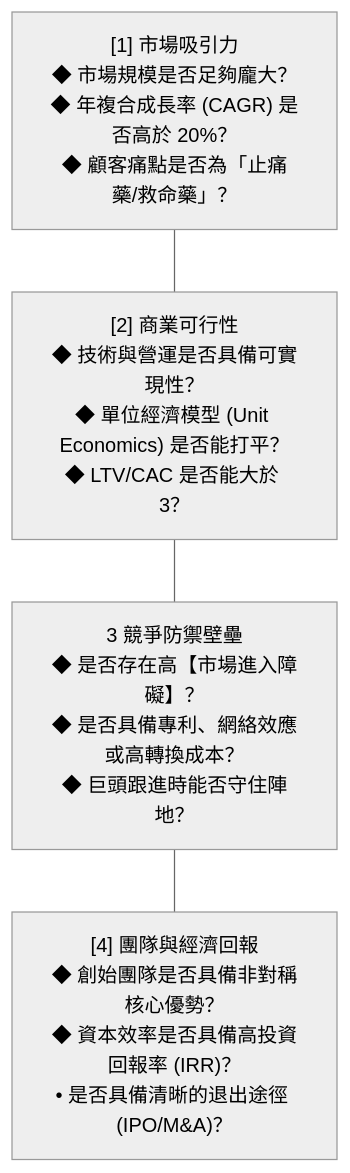
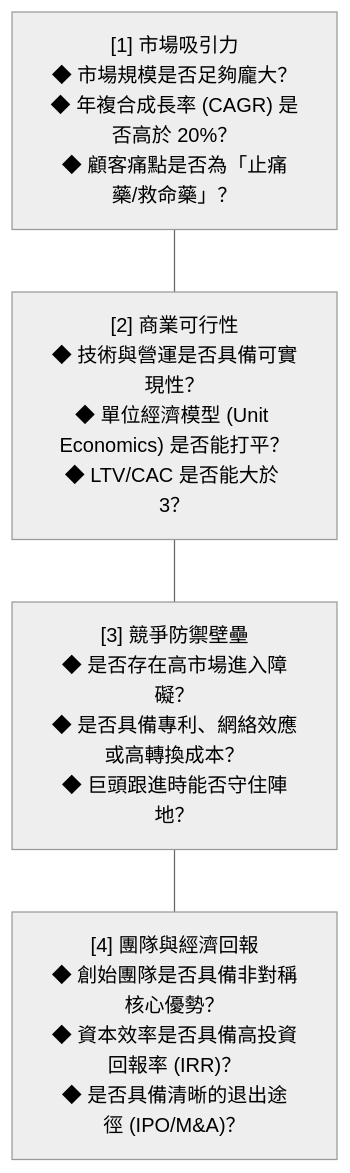
The second of 4 diagrams in src/site/notes/04_主題選修/10_創業與企業財務策略/W01_創業概論.md (Jimlin0428/my-digital-garden), drawn with Mermaid (neutral theme) before and after one commit.

Commit message:
Published multiple files

````diff
--- a/src/site/notes/04_主題選修/10_創業與企業財務策略/W01_創業概論.md
+++ b/src/site/notes/04_主題選修/10_創業與企業財務策略/W01_創業概論.md
@@ -83,12 +83,11 @@
-```mermaid 
-flowchart TD 
-A["[1] 市場吸引力<br/>◆ 市場規模是否足夠龐大？<br/>◆ 年複合成長率 (CAGR) 是否高於 20%？<br/>◆ 顧客痛點是否為「止痛藥/救命藥」？"] 
-B["[2] 商業可行性<br/>◆ 技術與營運是否具備可實現性？<br/>◆ 單位經濟模型 (Unit Economics) 是否能打平？<br/>◆ LTV/CAC 是否能大於 3？"] 
-C["3 競爭防禦壁壘<br/>◆ 是否存在高【市場進入障礙】？<br/>◆ 是否具備專利、網絡效應或高轉換成本？<br/>◆ 巨頭跟進時能否守住陣地？"] 
-D["[4] 團隊與經濟回報<br/>◆ 創始團隊是否具備非對稱核心優勢？<br/>◆ 資本效率是否具備高投資回報率 (IRR)？<br/>• 是否具備清晰的退出途徑 (IPO/M&A)？"]
+```mermaid
+flowchart TD
+    A["#91;1#93; 市場吸引力<br/>◆ 市場規模是否足夠龐大？<br/>◆ 年複合成長率 (CAGR) 是否高於 20%？<br/>◆ 顧客痛點是否為「止痛藥/救命藥」？"]
+    B["#91;2#93; 商業可行性<br/>◆ 技術與營運是否具備可實現性？<br/>◆ 單位經濟模型 (Unit Economics) 是否能打平？<br/>◆ LTV/CAC 是否能大於 3？"]
+    C["#91;3#93; 競爭防禦壁壘<br/>◆ 是否存在高市場進入障礙？<br/>◆ 是否具備專利、網絡效應或高轉換成本？<br/>◆ 巨頭跟進時能否守住陣地？"]
+    D["#91;4#93; 團隊與經濟回報<br/>◆ 創始團隊是否具備非對稱核心優勢？<br/>◆ 資本效率是否具備高投資回報率 (IRR)？<br/>◆ 是否具備清晰的退出途徑 (IPO/M&A)？"]
 
-A --- B 
-B --- C 
-C --- D
-
+    A --- B
+    B --- C
+    C --- D
 ```
````
